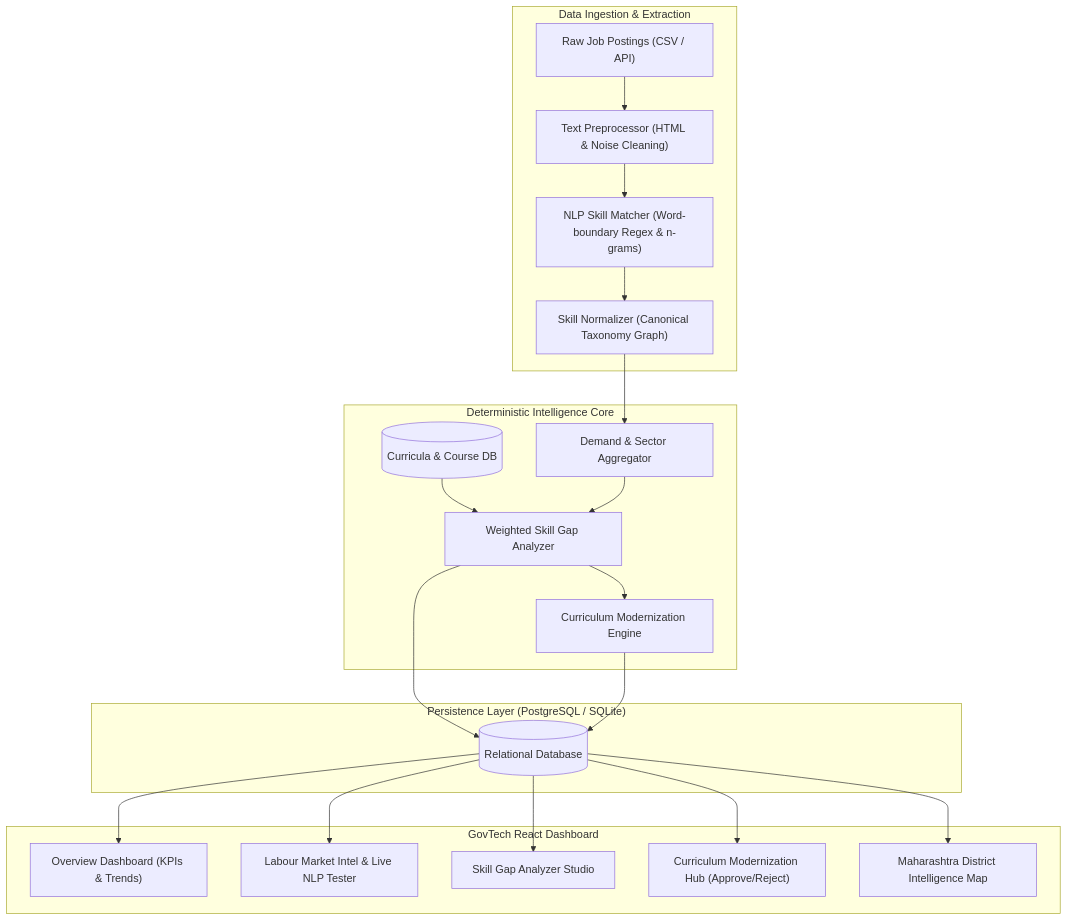
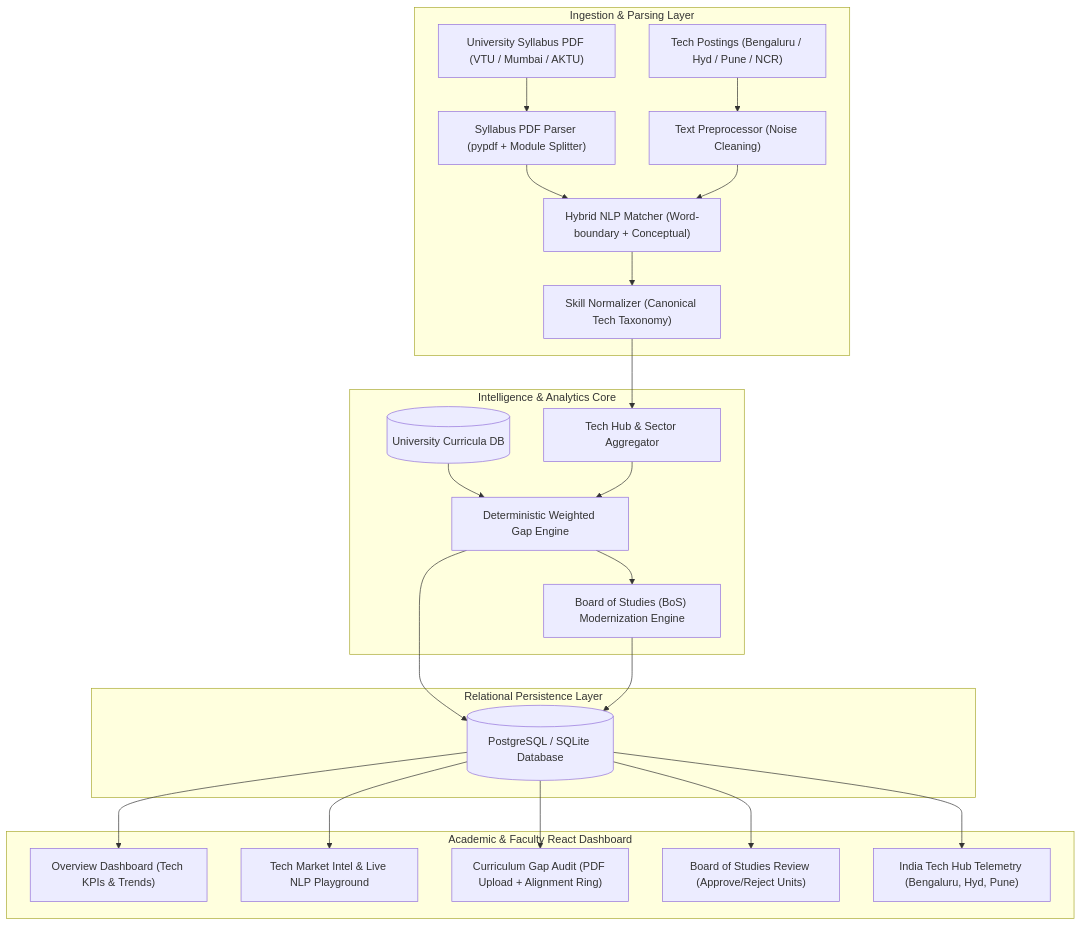
Before and after one commit to LIKHIT123498/SkillPulse-Workforce-Intelligence-Platform: the diagram in README.md, drawn with Mermaid. The commit also changed other lines of this file and 20 other files, not shown here.

Commit message:
feat: pivot SkillPulse to BTech CSE curriculum & India tech talent intelligence platform

````diff
--- a/README.md
+++ b/README.md
@@ -36,28 +42,30 @@
 ```mermaid
 flowchart TD
-    subgraph DataIngestion ["Data Ingestion & Extraction"]
-        RawCSV["Raw Job Postings (CSV / API)"] --> Preprocessor["Text Preprocessor (HTML & Noise Cleaning)"]
-        Preprocessor --> NLPExtractor["NLP Skill Matcher (Word-boundary Regex & n-grams)"]
-        NLPExtractor --> Normalizer["Skill Normalizer (Canonical Taxonomy Graph)"]
+    subgraph Ingestion ["Ingestion & Parsing Layer"]
+        PDF["University Syllabus PDF (VTU / Mumbai / AKTU)"] --> PDFParser["Syllabus PDF Parser (pypdf + Module Splitter)"]
+        Jobs["Tech Postings (Bengaluru / Hyd / Pune / NCR)"] --> Preprocessor["Text Preprocessor (Noise Cleaning)"]
+        PDFParser --> HybridMatcher["Hybrid NLP Matcher (Word-boundary + Conceptual)"]
+        Preprocessor --> HybridMatcher
+        HybridMatcher --> Normalizer["Skill Normalizer (Canonical Tech Taxonomy)"]
     end
 
-    subgraph CoreEngine ["Deterministic Intelligence Core"]
-        Normalizer --> DemandAnalytics["Demand & Sector Aggregator"]
-        CourseDB[("Curricula & Course DB")] --> GapEngine["Weighted Skill Gap Analyzer"]
+    subgraph CoreEngine ["Intelligence & Analytics Core"]
+        Normalizer --> DemandAnalytics["Tech Hub & Sector Aggregator"]
+        CourseDB[("University Curricula DB")] --> GapEngine["Deterministic Weighted Gap Engine"]
         DemandAnalytics --> GapEngine
-        GapEngine --> RecEngine["Curriculum Modernization Engine"]
+        GapEngine --> BoSEngine["Board of Studies (BoS) Modernization Engine"]
     end
 
-    subgraph Storage ["Persistence Layer (PostgreSQL / SQLite)"]
-        GapEngine --> DB[("Relational Database")]
-        RecEngine --> DB
+    subgraph Storage ["Relational Persistence Layer"]
+        GapEngine --> DB[("PostgreSQL / SQLite Database")]
+        BoSEngine --> DB
     end
 
-    subgraph Presentation ["GovTech React Dashboard"]
-        DB --> OverviewUI["Overview Dashboard (KPIs & Trends)"]
-        DB --> MarketUI["Labour Market Intel & Live NLP Tester"]
-        DB --> GapUI["Skill Gap Analyzer Studio"]
-        DB --> ModernUI["Curriculum Modernization Hub (Approve/Reject)"]
-        DB --> DistrictUI["Maharashtra District Intelligence Map"]
+    subgraph Presentation ["Academic & Faculty React Dashboard"]
+        DB --> OverviewUI["Overview Dashboard (Tech KPIs & Trends)"]
+        DB --> MarketUI["Tech Market Intel & Live NLP Playground"]
+        DB --> GapUI["Curriculum Gap Audit (PDF Upload + Alignment Ring)"]
+        DB --> BoSUI["Board of Studies Review (Approve/Reject Units)"]
+        DB --> HubsUI["India Tech Hub Telemetry (Bengaluru, Hyd, Pune)"]
     end
 ```
````
